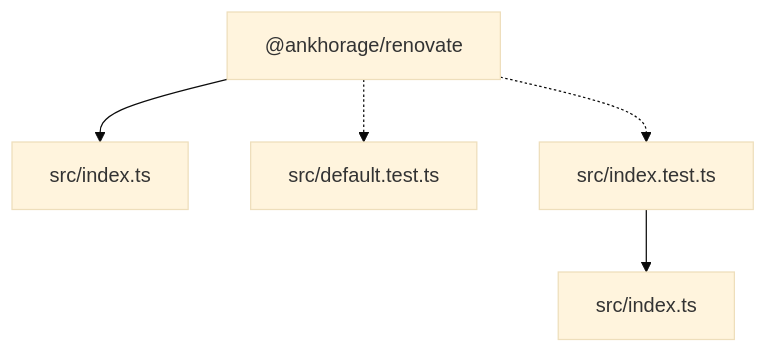
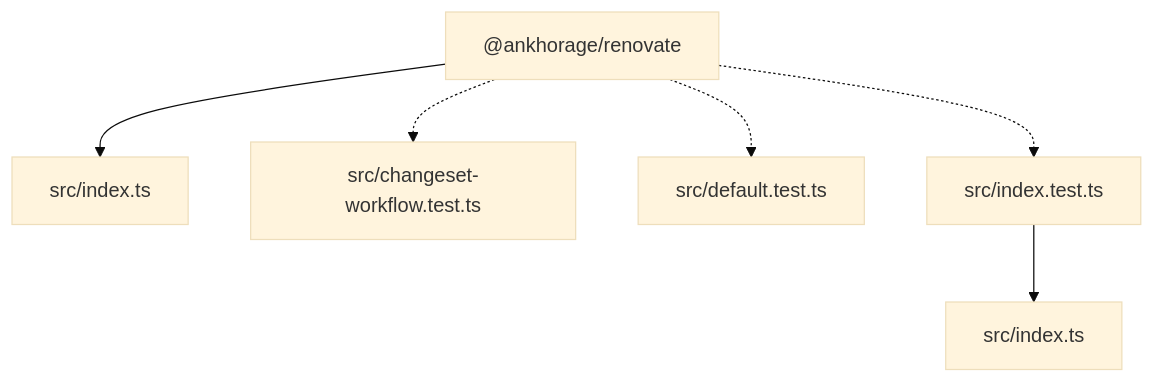
The diagram in paradox/diagrams/architecture-overview.mmd (ankhorage/renovate), drawn with Mermaid (base theme) before and after one commit. The commit also changed 9 other files, not shown here.

```diff
--- a/paradox/diagrams/architecture-overview.mmd
+++ b/paradox/diagrams/architecture-overview.mmd
@@ -1,10 +1,12 @@
 graph TD
   package__ankhorage_renovate["@ankhorage/renovate"]
   entrypoint_src_index_ts["src/index.ts"]
   package__ankhorage_renovate --> entrypoint_src_index_ts
+  module_src_changeset_workflow_test_ts["src/changeset-workflow.test.ts"]
+  package__ankhorage_renovate -.-> module_src_changeset_workflow_test_ts
   module_src_default_test_ts["src/default.test.ts"]
   package__ankhorage_renovate -.-> module_src_default_test_ts
   module_src_index_test_ts["src/index.test.ts"]
   package__ankhorage_renovate -.-> module_src_index_test_ts
   module_src_index_test_ts --> module_src_index_ts
   module_src_index_ts["src/index.ts"]
```
